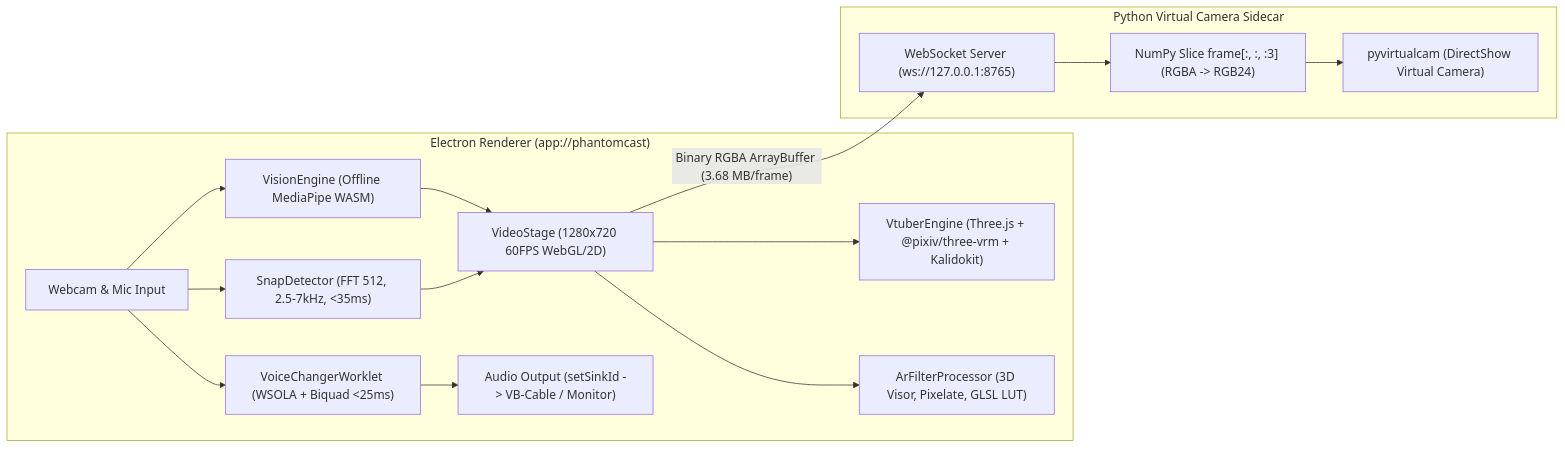
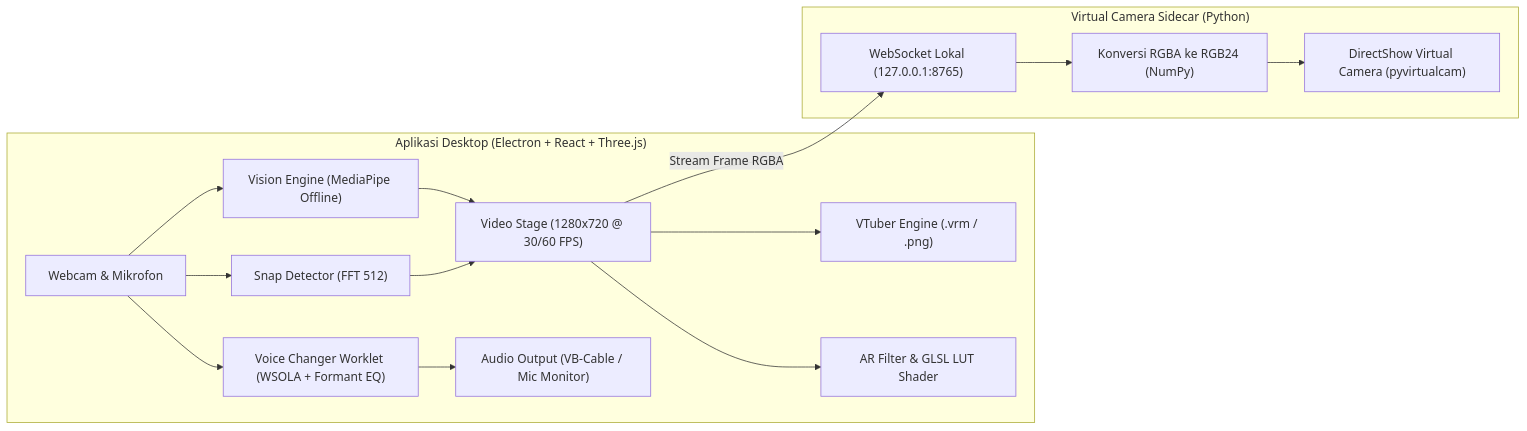
One commit to Eugenewijaya/phantomcast changed the diagram in README.md. Above: the diagram before and after it, drawn with Mermaid. The commit also changed other lines of this file and 9 other files, not shown here.

````diff
--- a/README.md
+++ b/README.md
@@ -31,20 +60,20 @@
 ```mermaid
 flowchart LR
-  subgraph Renderer["Electron Renderer (app://phantomcast)"]
-    Cam["Webcam & Mic Input"] --> Vision["VisionEngine (Offline MediaPipe WASM)"]
-    Cam --> Snap["SnapDetector (FFT 512, 2.5-7kHz, <35ms)"]
-    Cam --> Voice["VoiceChangerWorklet (WSOLA + Biquad <25ms)"]
-    Vision --> Stage["VideoStage (1280x720 60FPS WebGL/2D)"]
+  subgraph App["Aplikasi Desktop (Electron + React + Three.js)"]
+    Input["Webcam & Mikrofon"] --> Vision["Vision Engine (MediaPipe Offline)"]
+    Input --> Snap["Snap Detector (FFT 512)"]
+    Input --> Voice["Voice Changer Worklet (WSOLA + Formant EQ)"]
+    Vision --> Stage["Video Stage (1280x720 @ 30/60 FPS)"]
     Snap --> Stage
-    Stage --> VTuber["VtuberEngine (Three.js + @pixiv/three-vrm + Kalidokit)"]
-    Stage --> AR["ArFilterProcessor (3D Visor, Pixelate, GLSL LUT)"]
-    Voice --> Sink["Audio Output (setSinkId -> VB-Cable / Monitor)"]
+    Stage --> VTuber["VTuber Engine (.vrm / .png)"]
+    Stage --> Filter["AR Filter & GLSL LUT Shader"]
+    Voice --> AudioOut["Audio Output (VB-Cable / Mic Monitor)"]
   end
 
-  subgraph Sidecar["Python Virtual Camera Sidecar"]
-    WS["WebSocket Server (ws://127.0.0.1:8765)"] --> Slice["NumPy Slice frame[:, :, :3] (RGBA -> RGB24)"]
-    Slice --> VCam["pyvirtualcam (DirectShow Virtual Camera)"]
+  subgraph Bridge["Virtual Camera Sidecar (Python)"]
+    WS["WebSocket Lokal (127.0.0.1:8765)"] --> RGB["Konversi RGBA ke RGB24 (NumPy)"]
+    RGB --> Cam["DirectShow Virtual Camera (pyvirtualcam)"]
   end
 
-  Stage -- "Binary RGBA ArrayBuffer (3.68 MB/frame)" --> WS
+  Stage -- "Stream Frame RGBA" --> WS
 ```
````
